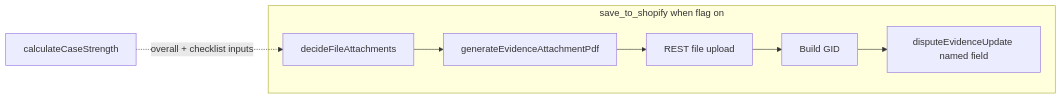
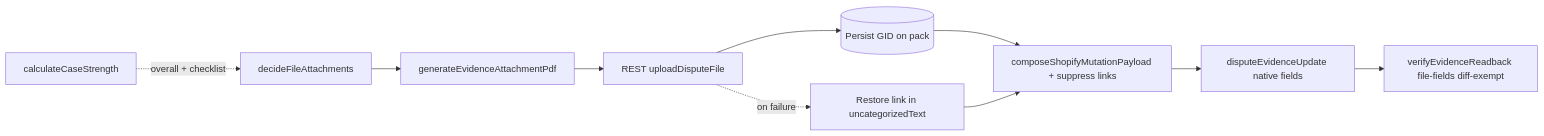
The diagram in docs/plans/conditional_file_evidence_layer.plan.md (Johan-Jo/dispute-desk), drawn with Mermaid before and after one commit. The commit also changed other lines of this file and 60 other files, not shown here.

First line of the commit message:
feat(shopify): conditional file evidence layer (phases 0-7)

````diff
--- a/docs/plans/conditional_file_evidence_layer.plan.md
+++ b/docs/plans/conditional_file_evidence_layer.plan.md
@@ -146,15 +386,12 @@
 ```mermaid
 flowchart LR
-  subgraph submission [save_to_shopify when flag on]
-    decide[decideFileAttachments]
-    gen[generateEvidenceAttachmentPdf]
-    rest[REST file upload]
-    gid[Build GID]
-    gql[disputeEvidenceUpdate named field]
-  end
-  strength[calculateCaseStrength] -.->|overall + checklist inputs| decide
-  decide --> gen
-  gen --> rest
-  rest --> gid
-  gid --> gql
+  strength[calculateCaseStrength] -.->|overall + checklist| decide
+  decide[decideFileAttachments] --> gen[generateEvidenceAttachmentPdf]
+  gen --> rest[REST uploadDisputeFile]
+  rest --> persist[(Persist GID on pack)]
+  persist --> compose[composeShopifyMutationPayload + suppress links]
+  compose --> gql[disputeEvidenceUpdate native fields]
+  gql --> verify[verifyEvidenceReadback file-fields diff-exempt]
+  rest -.->|on failure| linkblock[Restore link in uncategorizedText]
+  linkblock --> compose
 ```
````
